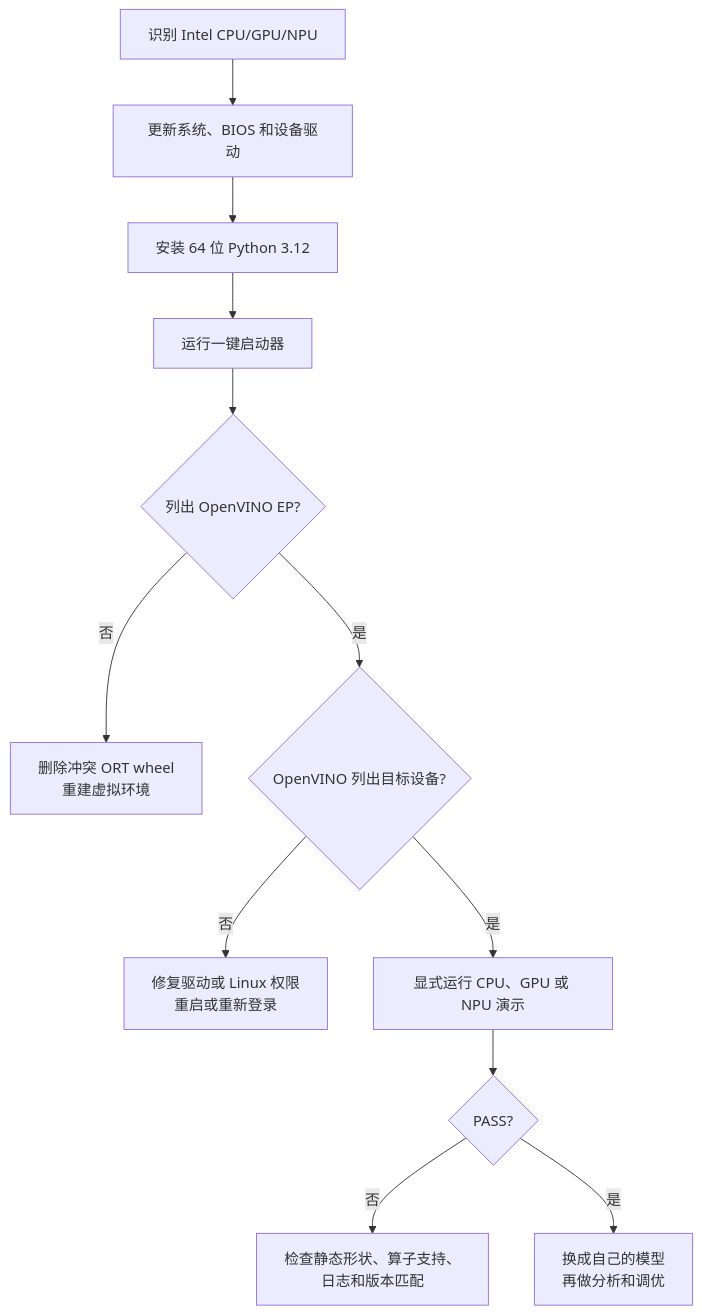
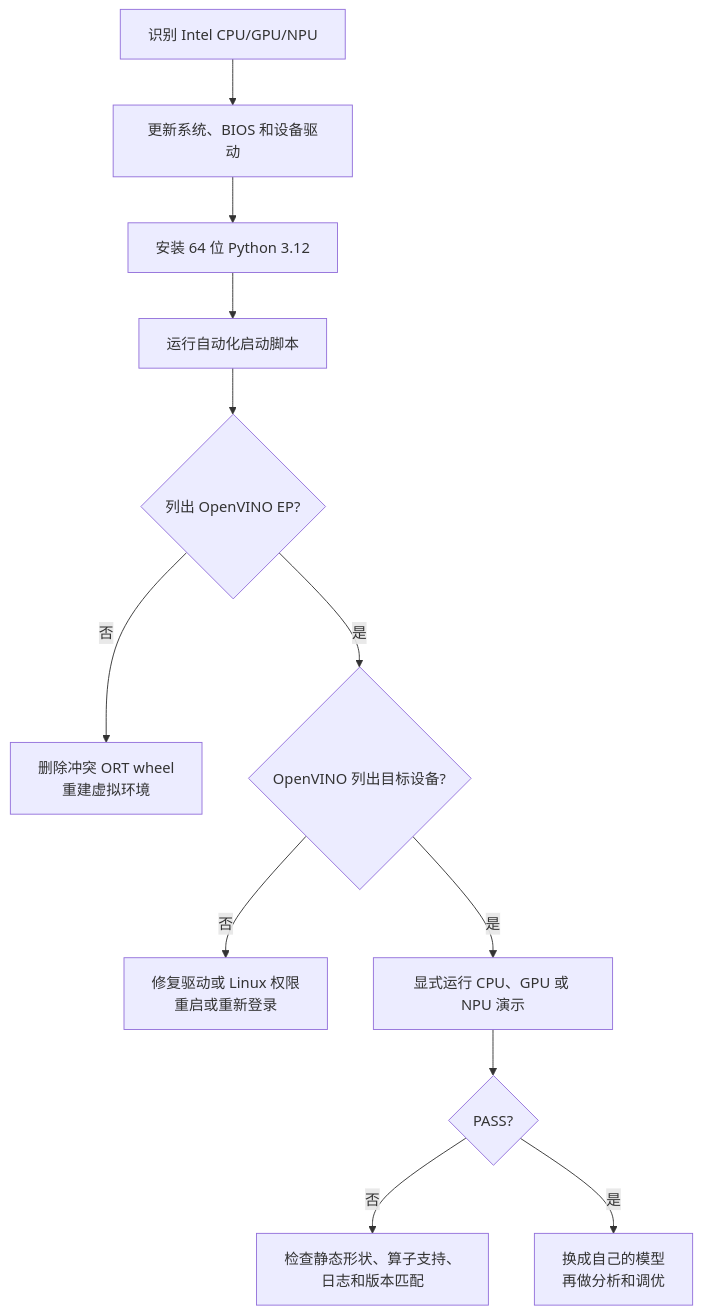
The second of 2 diagrams in Intel/README.zh-CN.md (DakeQQ/Tutorial-ONNX-Runtime-Execution-Providers), drawn with Mermaid before and after one commit. The commit also changed other lines of this file, not shown here.

````diff
--- a/Intel/README.zh-CN.md
+++ b/Intel/README.zh-CN.md
@@ -89,14 +89,14 @@
 ```mermaid
 flowchart TD
     A[识别 Intel CPU/GPU/NPU] --> B[更新系统、BIOS 和设备驱动]
     B --> C[安装 64 位 Python 3.12]
-    C --> D[运行一键启动器]
+    C --> D[运行自动化启动脚本]
     D --> E{列出 OpenVINO EP?}
     E -->|否| F[删除冲突 ORT wheel<br/>重建虚拟环境]
     E -->|是| G{OpenVINO 列出目标设备?}
     G -->|否| H[修复驱动或 Linux 权限<br/>重启或重新登录]
     G -->|是| I[显式运行 CPU、GPU 或 NPU 演示]
     I --> J{PASS?}
     J -->|否| K[检查静态形状、算子支持、<br/>日志和版本匹配]
     J -->|是| L[换成自己的模型<br/>再做分析和调优]
 ```
````
